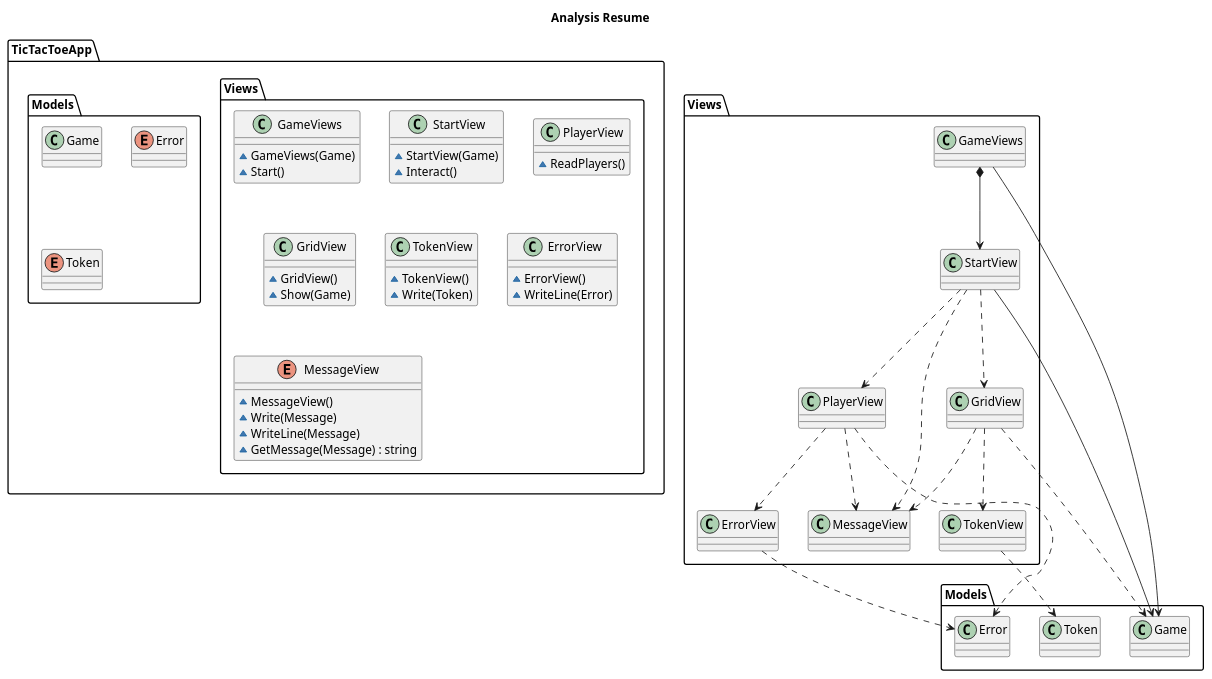
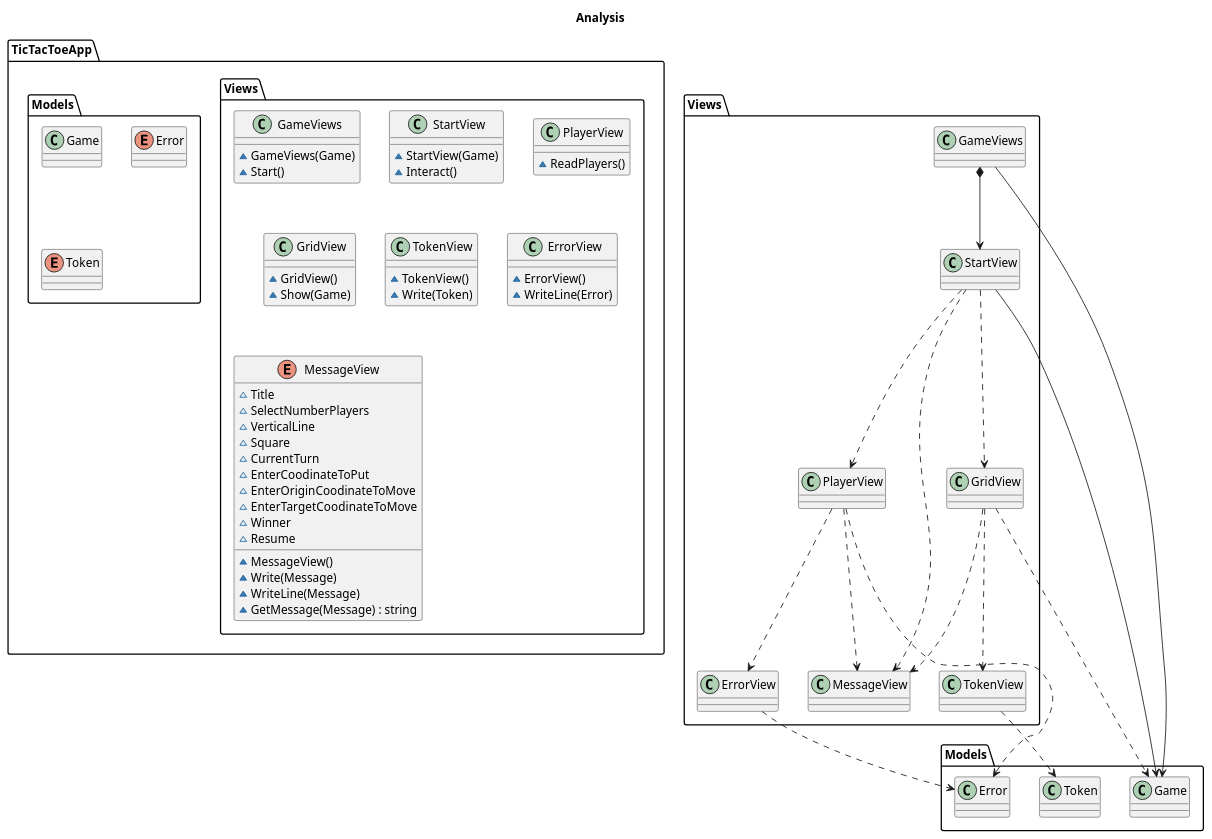
One commit to franpaulinoinfante/TicTacToe changed the sixth of 9 diagrams in src/DocumentView/Basic/Docs/Analysis.plantuml. Above: the diagram before and after it, drawn with PlantUML. The commit also changed other lines of this file, not shown here.

```diff
--- a/src/DocumentView/Basic/Docs/Analysis.plantuml
+++ b/src/DocumentView/Basic/Docs/Analysis.plantuml
@@ -181,71 +216,81 @@
-@startuml Analysis Resume
-    title Analysis Resume
+@startuml Analysis Views
+    title Analysis 
 
     package TicTacToeApp{
         namespace Views{
             class GameViews{
                 ~GameViews(Game)
                 ~Start()
             }
 
             class StartView{
                 ~StartView(Game)
                 ~Interact()
             }
 
             class PlayerView{
                 ~ReadPlayers()
             }
 
             class GridView{
                 ~GridView()
                 ~Show(Game)
             }
 
             class TokenView{
                 ~TokenView()
                 ~Write(Token)
             }
 
             class ErrorView{
                 ~ErrorView()
                 ~WriteLine(Error)
             }
 
             enum MessageView{
-
+                ~Title
+                ~SelectNumberPlayers
+                ~VerticalLine
+                ~Square
+                ~CurrentTurn
+                ~EnterCoodinateToPut
+                ~EnterOriginCoodinateToMove
+                ~EnterTargetCoodinateToMove
+                ~Winner
+                ~Resume
                 ~MessageView()
                 ~Write(Message)
                 ~WriteLine(Message)
                 ~GetMessage(Message) : string
             }
         }    
 
         namespace Models{
             class Game{}
             enum Error{}
             enum Token{}
         }
     }
 
     Views.GameViews *--> Views.StartView    
     Views.GameViews --> Models.Game
 
     Views.StartView --> Models.Game
     Views.StartView ..> Views.MessageView
     Views.StartView ..> Views.PlayerView
     Views.StartView ..> Views.GridView
 
     Views.PlayerView ..> Views.MessageView
     Views.PlayerView ..> Models.Error
     Views.PlayerView ..> Views.ErrorView
 
     Views.GridView ..> Models.Game
     Views.GridView ..> Views.MessageView
     Views.GridView ..> Views.TokenView
 
     Views.ErrorView ..> Models.Error
 
     Views.TokenView ..> Models.Token
 
+
 @enduml
```
